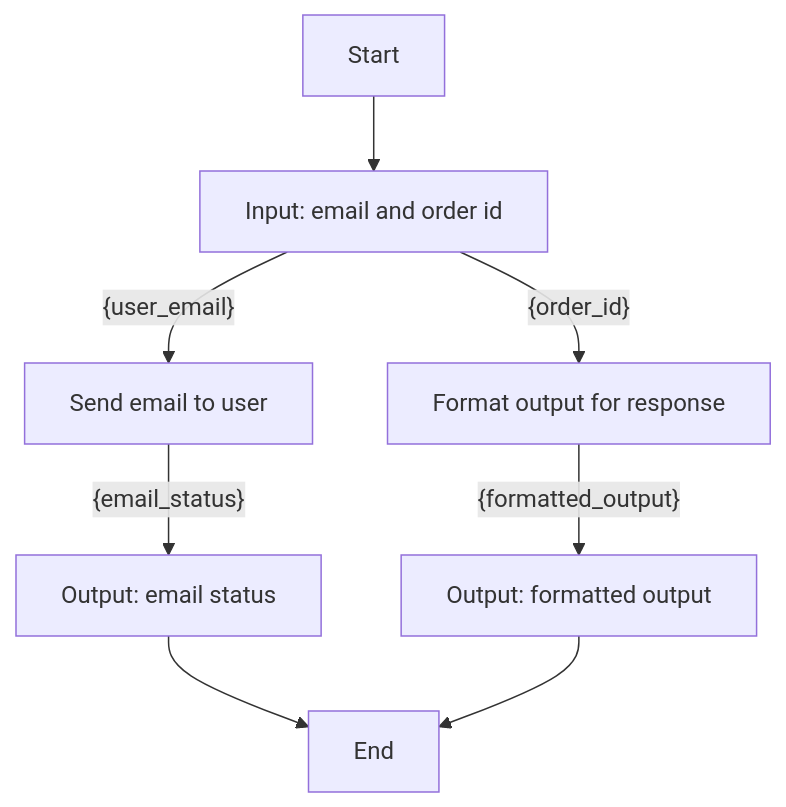
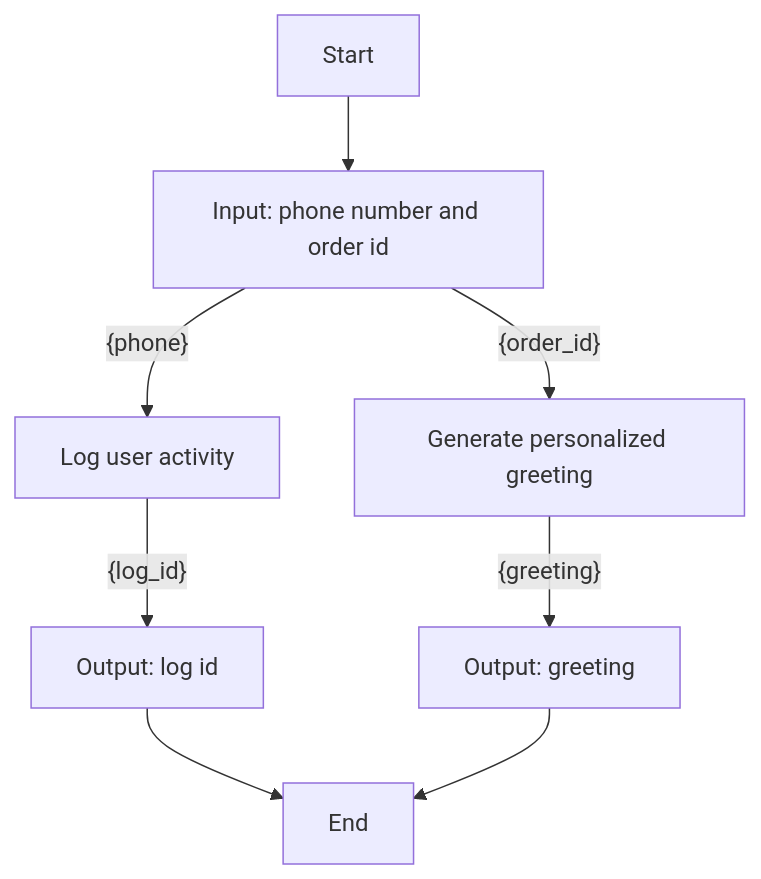
The diagram in poc-dsl-compiler/input/workflows/workflow_2.md (YJ-928/Temporal-Python-SDK), drawn with Mermaid before and after one commit. The commit also changed 48 other files, not shown here.

````diff
--- a/poc-dsl-compiler/input/workflows/workflow_2.md
+++ b/poc-dsl-compiler/input/workflows/workflow_2.md
@@ -1,10 +1,10 @@
 ```mermaid
 graph TD
-    A[Start] --> B[Input: email and order id]
-    B[Input: email and order id] -- {user_email} --> C[Send email to user]
-    B[Input: email and order id] -- {order_id} --> D[Format output for response]
-    C[Send email to user] -- {email_status} --> E[Output: email status]
-    D[Format output for response] -- {formatted_output} --> F[Output: formatted output]
-    E[Output: email status] --> G[End]
-    F[Output: formatted output] --> G[End]
+    A[Start] --> B[Input: phone number and order id]
+    B[Input: phone number and order id] -- {phone} --> C[Log user activity]
+    B[Input: phone number and order id] -- {order_id} --> D[Generate personalized greeting]
+    C[Log user activity] -- {log_id} --> E[Output: log id]
+    D[Generate personalized greeting] -- {greeting} --> F[Output: greeting]
+    E[Output: log id] --> G[End]
+    F[Output: greeting] --> G[End]
 ```
````
